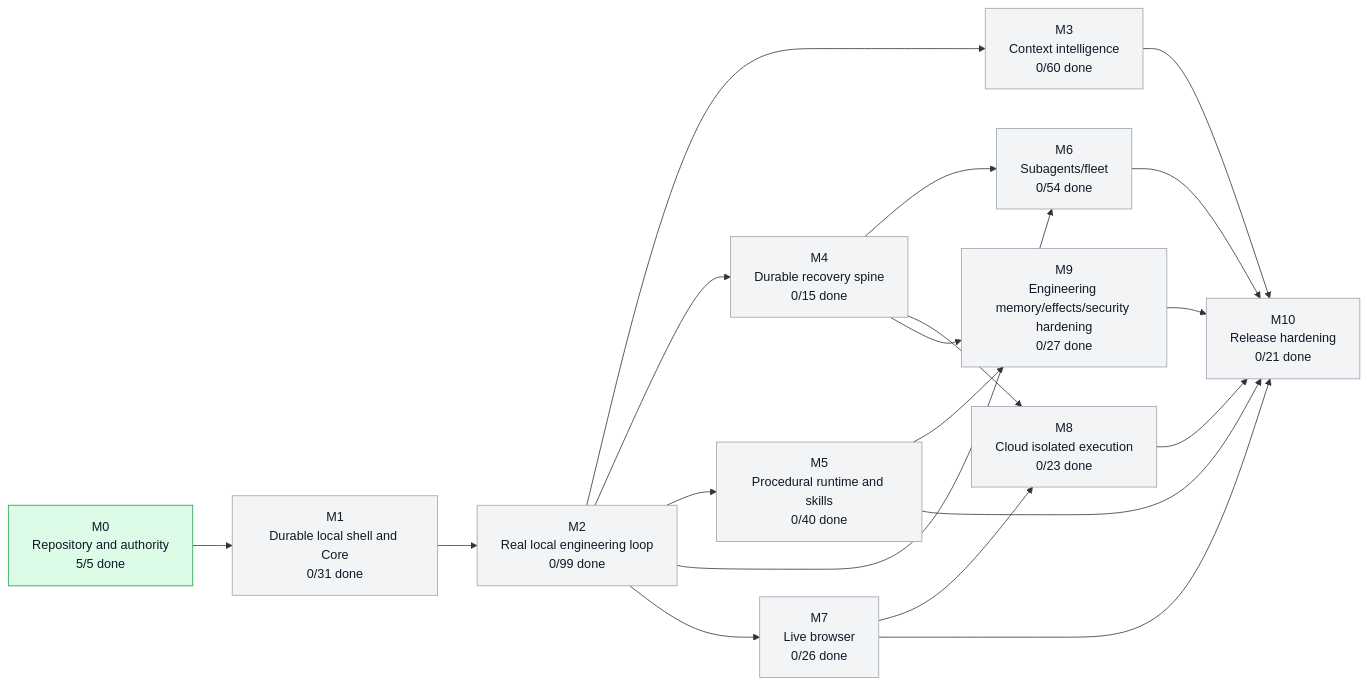
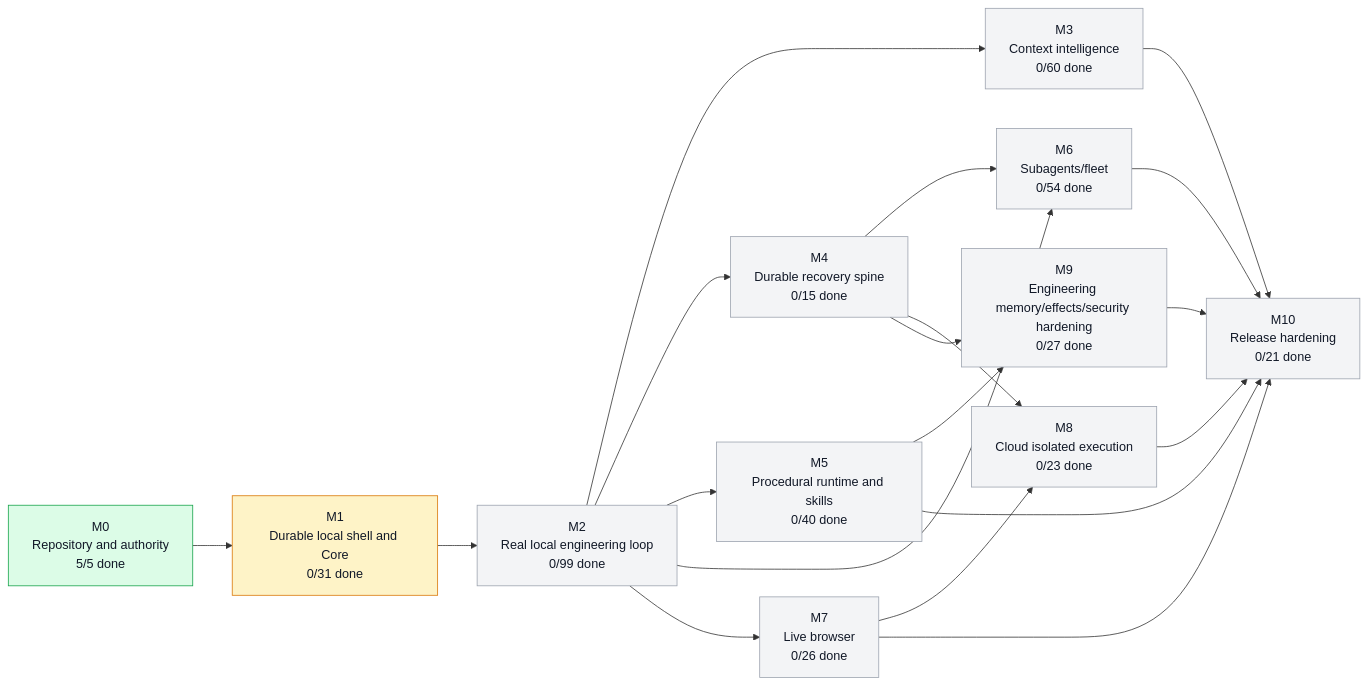
Before and after one commit to moss101/modbit: the first of 5 diagrams in graph/PROJECT_GRAPH.md, drawn with Mermaid. The commit also changed other lines of this file and 24 other files, not shown here.

````diff
--- a/graph/PROJECT_GRAPH.md
+++ b/graph/PROJECT_GRAPH.md
@@ -57,43 +57,43 @@
 ```mermaid
 flowchart LR
   M0["M0<br/>Repository and authority<br/>5/5 done"]
   M1["M1<br/>Durable local shell and Core<br/>0/31 done"]
   M2["M2<br/>Real local engineering loop<br/>0/99 done"]
   M3["M3<br/>Context intelligence<br/>0/60 done"]
   M4["M4<br/>Durable recovery spine<br/>0/15 done"]
   M5["M5<br/>Procedural runtime and skills<br/>0/40 done"]
   M6["M6<br/>Subagents/fleet<br/>0/54 done"]
   M7["M7<br/>Live browser<br/>0/26 done"]
   M8["M8<br/>Cloud isolated execution<br/>0/23 done"]
   M9["M9<br/>Engineering memory/effects/security hardening<br/>0/27 done"]
   M10["M10<br/>Release hardening<br/>0/21 done"]
   M0 --> M1
   M1 --> M2
   M2 --> M3
   M2 --> M4
   M2 --> M5
   M2 --> M6
   M4 --> M6
   M2 --> M7
   M4 --> M8
   M7 --> M8
   M4 --> M9
   M5 --> M9
   M3 --> M10
   M5 --> M10
   M6 --> M10
   M7 --> M10
   M8 --> M10
   M9 --> M10
   style M0 fill:#dcfce7,stroke:#16a34a,color:#111827
-  style M1 fill:#f3f4f6,stroke:#9ca3af,color:#111827
+  style M1 fill:#fef3c7,stroke:#d97706,color:#111827
   style M2 fill:#f3f4f6,stroke:#9ca3af,color:#111827
   style M3 fill:#f3f4f6,stroke:#9ca3af,color:#111827
   style M4 fill:#f3f4f6,stroke:#9ca3af,color:#111827
   style M5 fill:#f3f4f6,stroke:#9ca3af,color:#111827
   style M6 fill:#f3f4f6,stroke:#9ca3af,color:#111827
   style M7 fill:#f3f4f6,stroke:#9ca3af,color:#111827
   style M8 fill:#f3f4f6,stroke:#9ca3af,color:#111827
   style M9 fill:#f3f4f6,stroke:#9ca3af,color:#111827
   style M10 fill:#f3f4f6,stroke:#9ca3af,color:#111827
 ```
````
